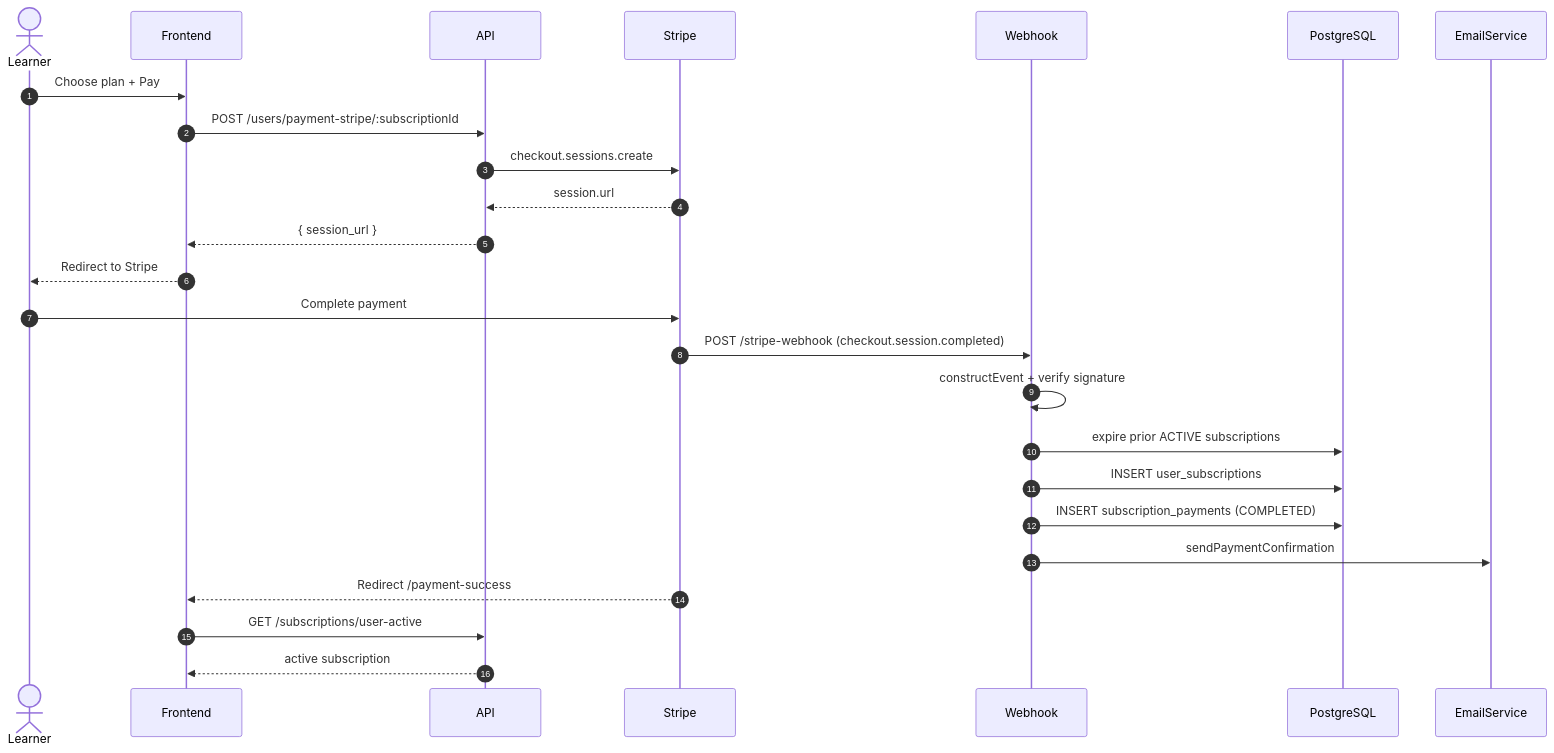
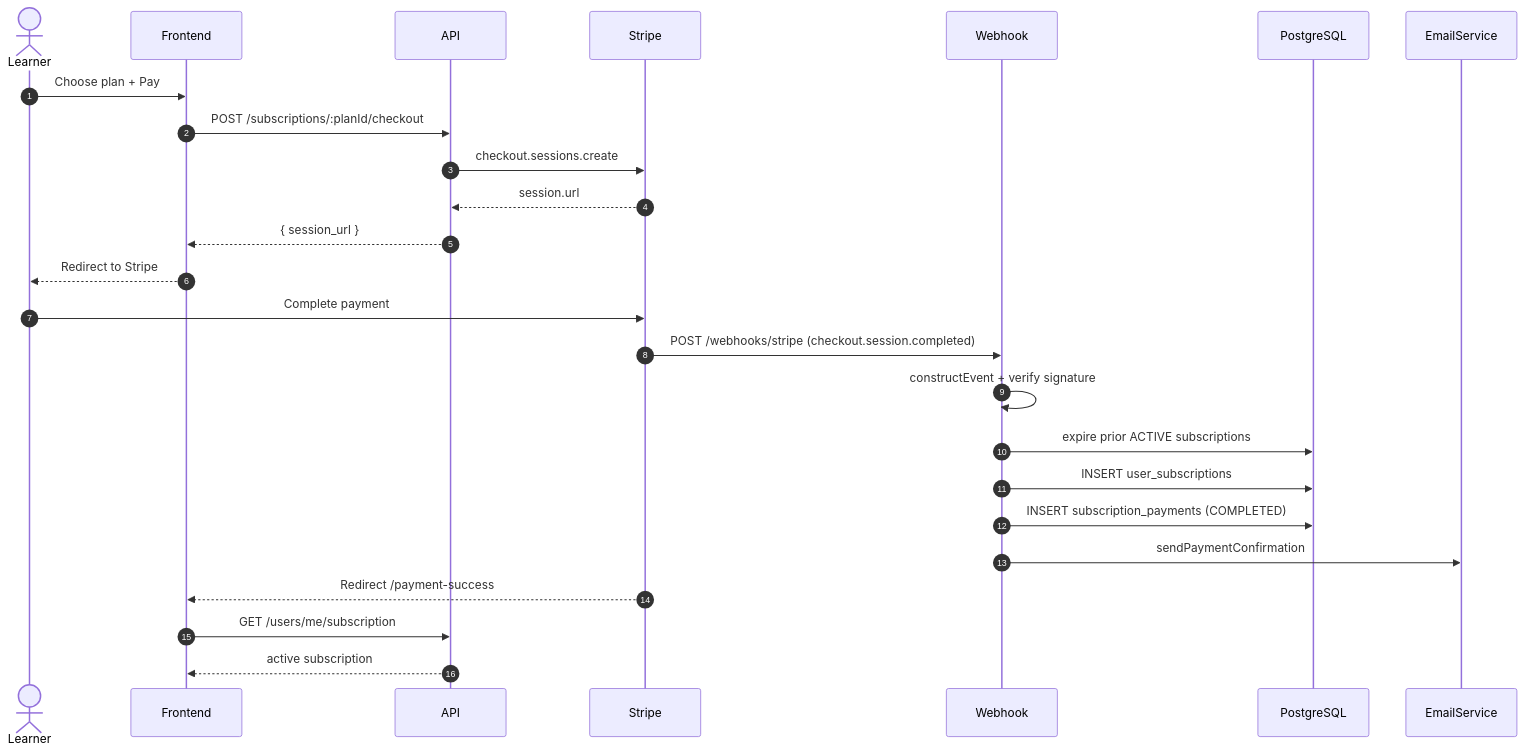
One commit to Rafy-Tho/LearnSphere changed the ninth of 12 diagrams in docs/diagrams/sequence-diagrams.md. Above: the diagram before and after it, drawn with Mermaid. The commit also changed other lines of this file and 65 other files, not shown here.

````diff
--- a/docs/diagrams/sequence-diagrams.md
+++ b/docs/diagrams/sequence-diagrams.md
@@ -203,28 +204,28 @@
 ```mermaid
 sequenceDiagram
   autonumber
   actor L as Learner
   participant F as Frontend
   participant A as API
   participant S as Stripe
   participant W as Webhook
   participant DB as PostgreSQL
   participant E as EmailService
 
   L->>F: Choose plan + Pay
-  F->>A: POST /users/payment-stripe/:subscriptionId
+  F->>A: POST /subscriptions/:planId/checkout
   A->>S: checkout.sessions.create
   S-->>A: session.url
   A-->>F: { session_url }
   F-->>L: Redirect to Stripe
   L->>S: Complete payment
-  S->>W: POST /stripe-webhook (checkout.session.completed)
+  S->>W: POST /webhooks/stripe (checkout.session.completed)
   W->>W: constructEvent + verify signature
   W->>DB: expire prior ACTIVE subscriptions
   W->>DB: INSERT user_subscriptions
   W->>DB: INSERT subscription_payments (COMPLETED)
   W->>E: sendPaymentConfirmation
   S-->>F: Redirect /payment-success
-  F->>A: GET /subscriptions/user-active
+  F->>A: GET /users/me/subscription
   A-->>F: active subscription
 ```
````
